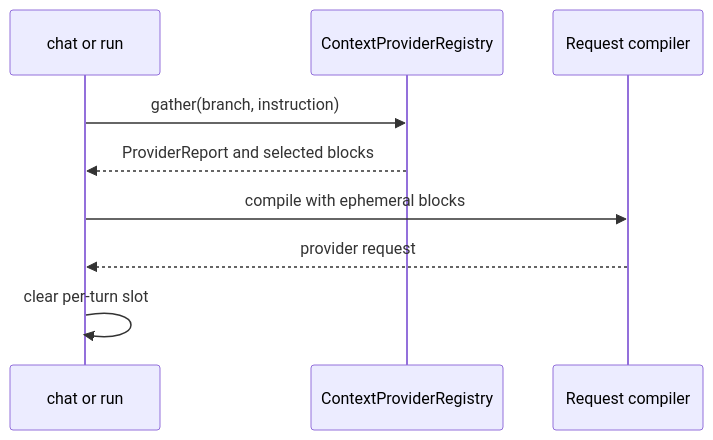
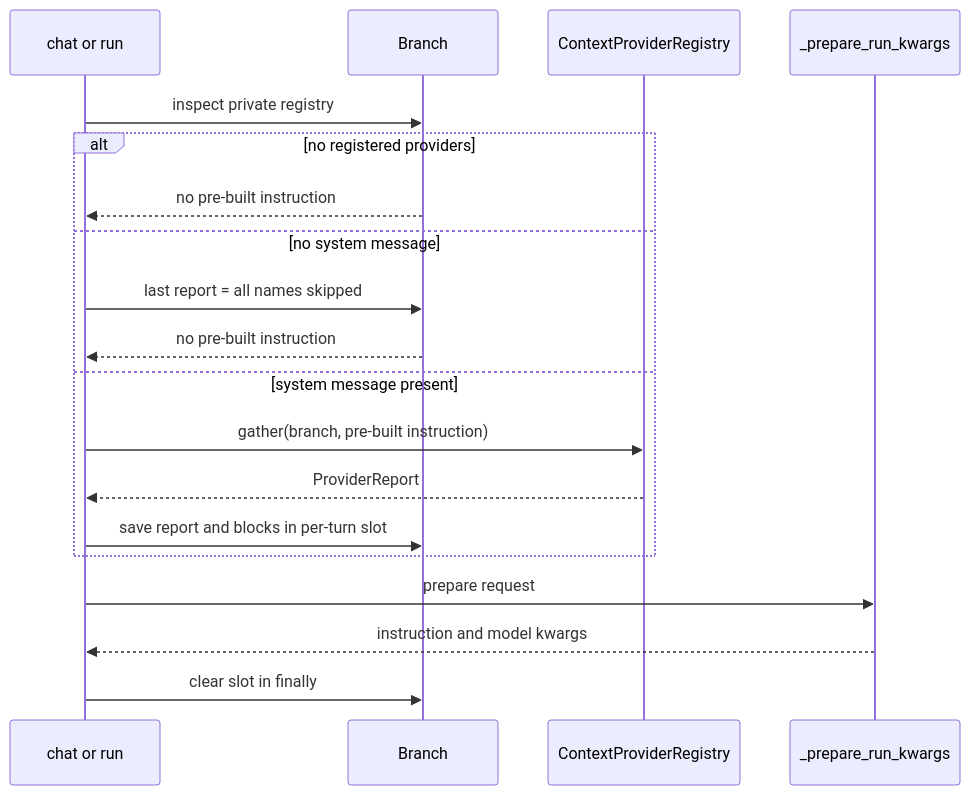
One commit to ohdearquant/lionagi changed the diagram in docs/adr/ADR-0008-pre-turn-context-provider-execution-and-attribution.md. Above: the diagram before and after it, drawn with Mermaid. The commit also changed other lines of this file and 11 other files, not shown here.

````diff
--- a/docs/adr/ADR-0008-pre-turn-context-provider-execution-and-attribution.md
+++ b/docs/adr/ADR-0008-pre-turn-context-provider-execution-and-attribution.md
@@ -69,11 +280,21 @@
 ```mermaid
 sequenceDiagram
     participant O as chat or run
+    participant B as Branch
     participant R as ContextProviderRegistry
-    participant C as Request compiler
-    O->>R: gather(branch, instruction)
-    R-->>O: ProviderReport and selected blocks
-    O->>C: compile with ephemeral blocks
-    C-->>O: provider request
-    O->>O: clear per-turn slot
+    participant C as _prepare_run_kwargs
+    O->>B: inspect private registry
+    alt no registered providers
+        B-->>O: no pre-built instruction
+    else no system message
+        O->>B: last report = all names skipped
+        B-->>O: no pre-built instruction
+    else system message present
+        O->>R: gather(branch, pre-built instruction)
+        R-->>O: ProviderReport
+        O->>B: save report and blocks in per-turn slot
+    end
+    O->>C: prepare request
+    C-->>O: instruction and model kwargs
+    O->>B: clear slot in finally
 ```
````
